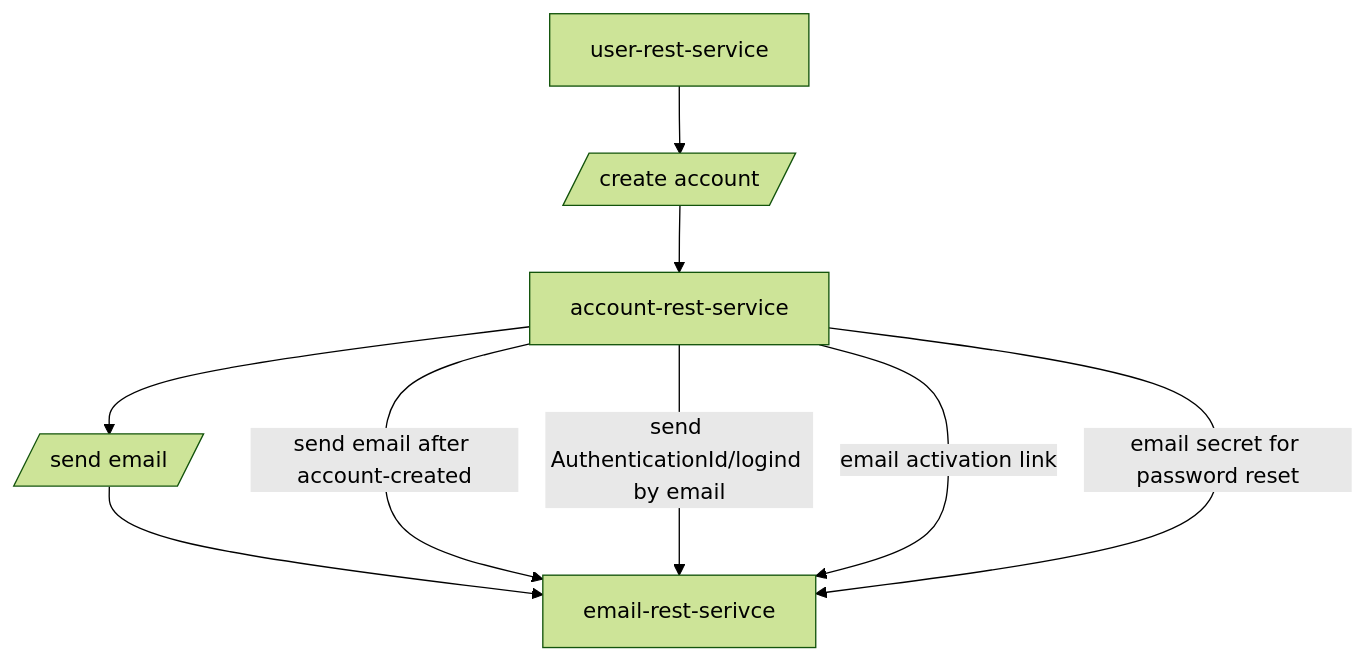
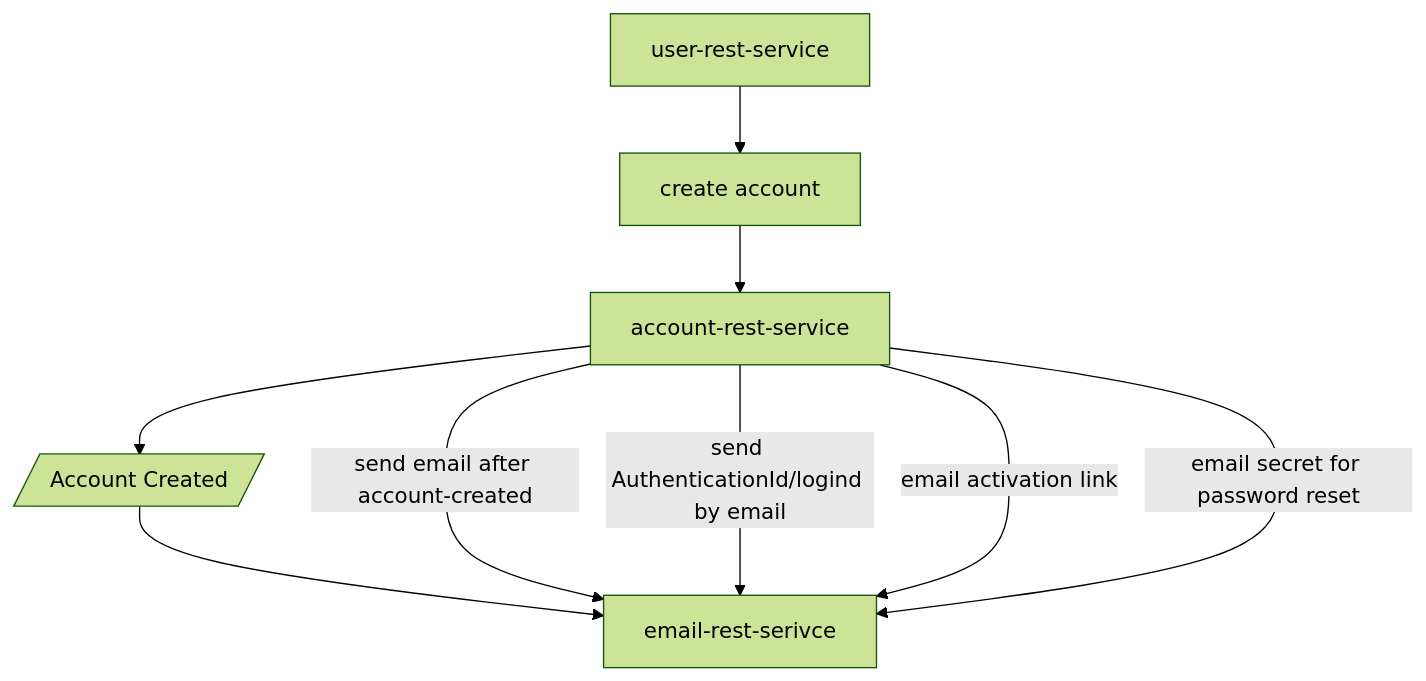
The diagram in README.md (sonamsamdupkhangsar/email-rest-service), drawn with Mermaid (forest theme) before and after one commit.

Commit message:
add mermaidms

````diff
--- a/README.md
+++ b/README.md
@@ -9,10 +9,10 @@
 ```mermaid
 flowchart TD
- User[user-rest-service] --> createAccount[/create account/] -->Account[account-rest-service]
- Account-->Email[/send email/]--> email[email-rest-serivce]
+ User[user-rest-service] --> create[create account] -->Account[account-rest-service]
+ Account-->accountCreated[/Account Created/]--> email[email-rest-serivce]
  
  Account[account-rest-service] --"send email after account-created"--> email[email-rest-serivce]
  Account --"send AuthenticationId/logind by email"--> email
  Account --"email activation link"-->email
  Account --"email secret for password reset" -->email
 ```
````
